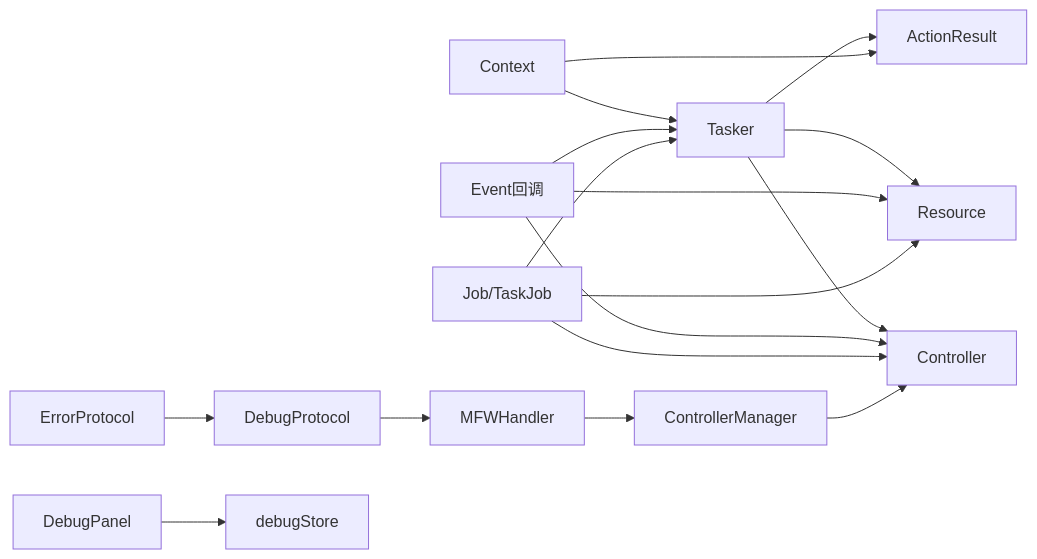
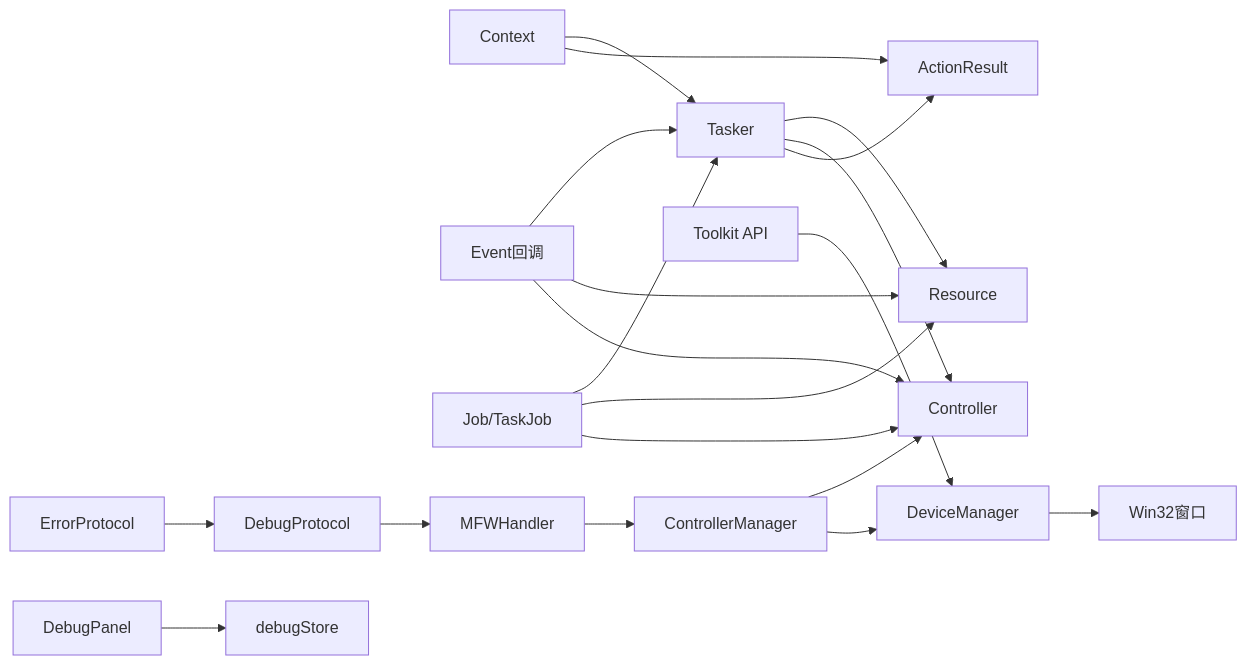
Before and after one commit to kqcoxn/MaaPipelineEditor: diagram 11 of 11 in .qoder/repowiki/zh/content/API 参考/maafw-golang API 参考.md, drawn with Mermaid. The commit also changed other lines of this file and 9 other files, not shown here.

````diff
--- a/.qoder/repowiki/zh/content/API 参考/maafw-golang API 参考.md
+++ b/.qoder/repowiki/zh/content/API 参考/maafw-golang API 参考.md
@@ -625,19 +715,22 @@
 ```mermaid
 graph LR
 Tasker["Tasker"] --> Resource["Resource"]
 Tasker --> Controller["Controller"]
 Tasker --> ActionResult["ActionResult"]
 Context["Context"] --> Tasker
 Context --> ActionResult
 Event["Event回调"] --> Tasker
 Event --> Resource
 Event --> Controller
 Job["Job/TaskJob"] --> Tasker
 Job --> Resource
 Job --> Controller
 ControllerManager["ControllerManager"] --> Controller
+ControllerManager --> DeviceManager["DeviceManager"]
+DeviceManager --> Win32Windows["Win32窗口"]
 MFWHandler["MFWHandler"] --> ControllerManager
 DebugProtocol["DebugProtocol"] --> MFWHandler
 ErrorProtocol["ErrorProtocol"] --> DebugProtocol
 DebugPanel["DebugPanel"] --> DebugStore["debugStore"]
+ToolkitAPI["Toolkit API"] --> DeviceManager
 ```
````
